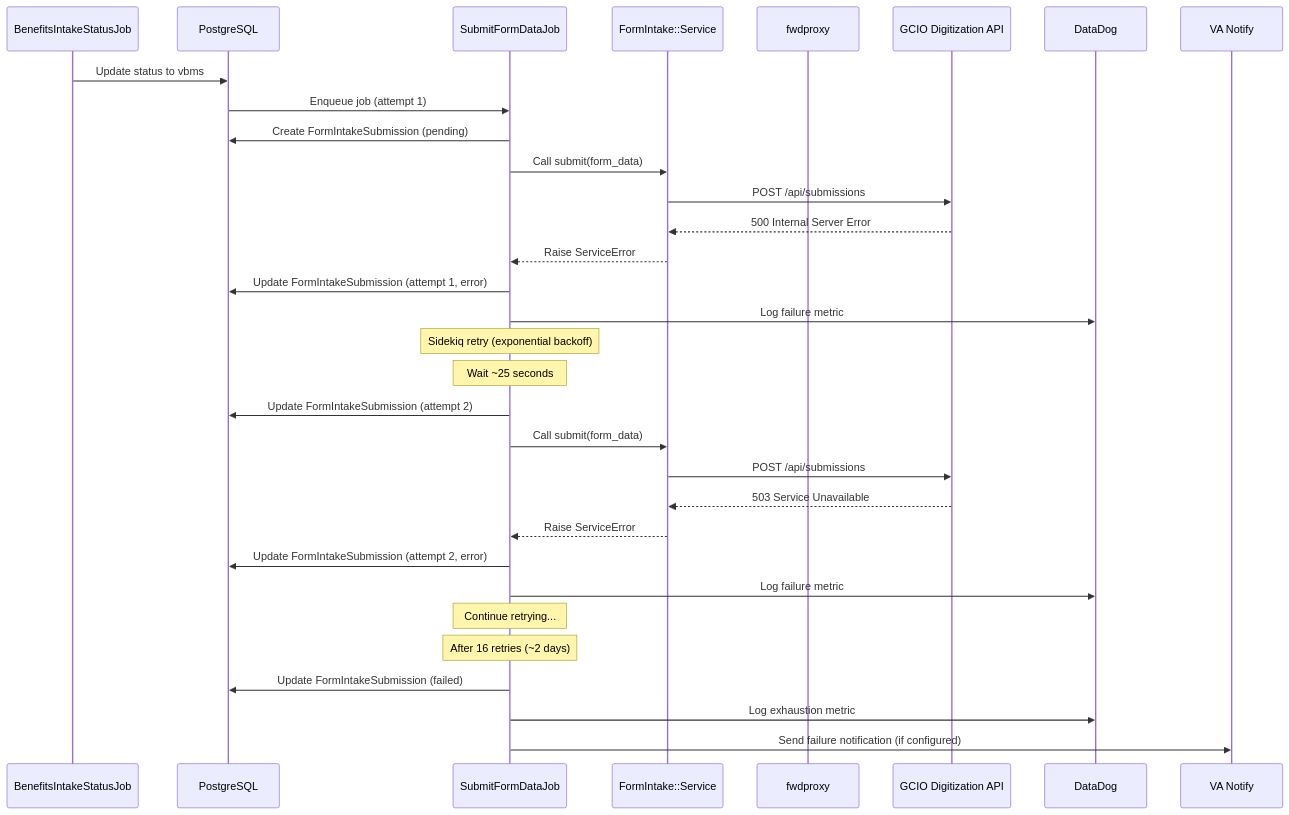
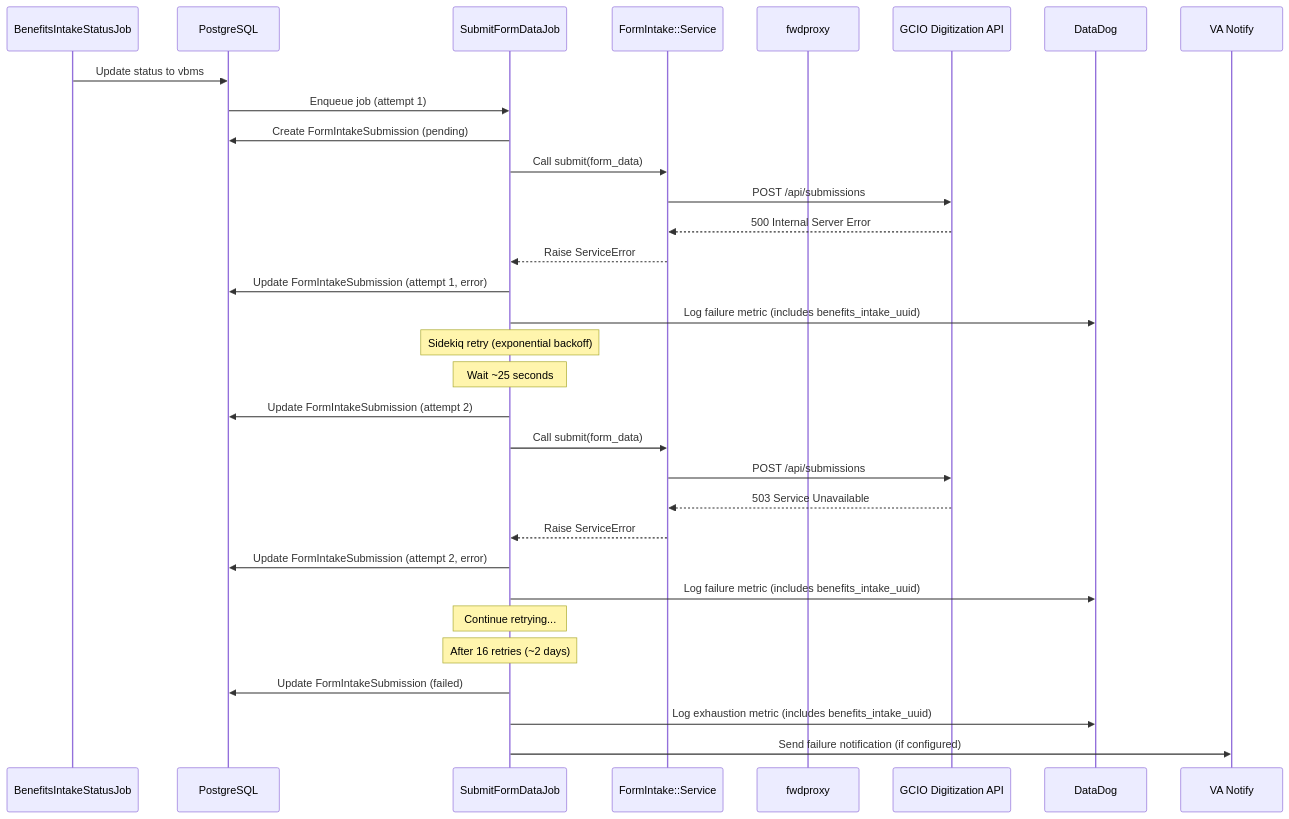
The fifth of 7 diagrams in docs/architecture/gcio-integration/c4-diagrams.md (department-of-veterans-affairs/vets-api), drawn with Mermaid before and after one commit. The commit also changed other lines of this file and 4 other files, not shown here.

Commit message:
add benefits_intake_uuid to logging and metrics for correlation

````diff
--- a/docs/architecture/gcio-integration/c4-diagrams.md
+++ b/docs/architecture/gcio-integration/c4-diagrams.md
@@ -183,40 +184,40 @@
 ```mermaid
 sequenceDiagram
     participant S as BenefitsIntakeStatusJob
     participant DB as PostgreSQL
     participant J as SubmitFormDataJob
     participant GS as FormIntake::Service
     participant FP as fwdproxy
     participant GCIO as GCIO Digitization API
     participant DD as DataDog
     participant VN as VA Notify
 
     S->>DB: Update status to vbms
     DB->>J: Enqueue job (attempt 1)
     
     J->>DB: Create FormIntakeSubmission (pending)
     J->>GS: Call submit(form_data)
     GS->>GCIO: POST /api/submissions
     GCIO-->>GS: 500 Internal Server Error
     GS-->>J: Raise ServiceError
     J->>DB: Update FormIntakeSubmission (attempt 1, error)
-    J->>DD: Log failure metric
+    J->>DD: Log failure metric (includes benefits_intake_uuid)
     
     Note over J: Sidekiq retry (exponential backoff)
     Note over J: Wait ~25 seconds
     
     J->>DB: Update FormIntakeSubmission (attempt 2)
     J->>GS: Call submit(form_data)
     GS->>GCIO: POST /api/submissions
     GCIO-->>GS: 503 Service Unavailable
     GS-->>J: Raise ServiceError
     J->>DB: Update FormIntakeSubmission (attempt 2, error)
-    J->>DD: Log failure metric
+    J->>DD: Log failure metric (includes benefits_intake_uuid)
     
     Note over J: Continue retrying...
     Note over J: After 16 retries (~2 days)
     
     J->>DB: Update FormIntakeSubmission (failed)
-    J->>DD: Log exhaustion metric
+    J->>DD: Log exhaustion metric (includes benefits_intake_uuid)
     J->>VN: Send failure notification (if configured)
 ```
````
